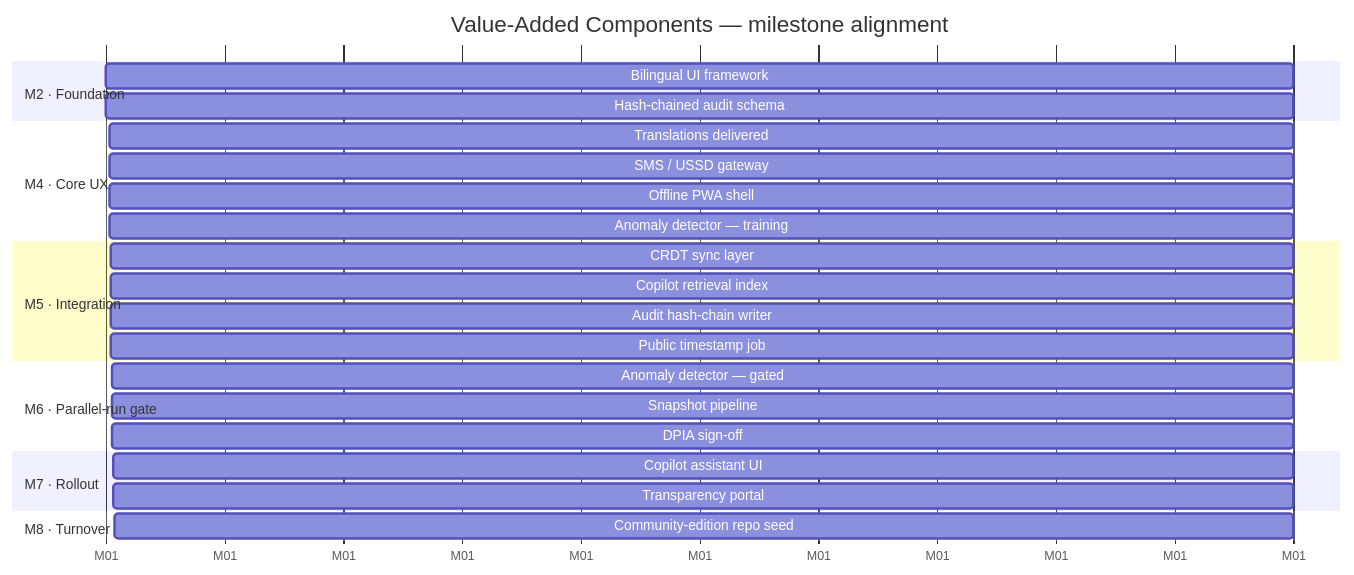
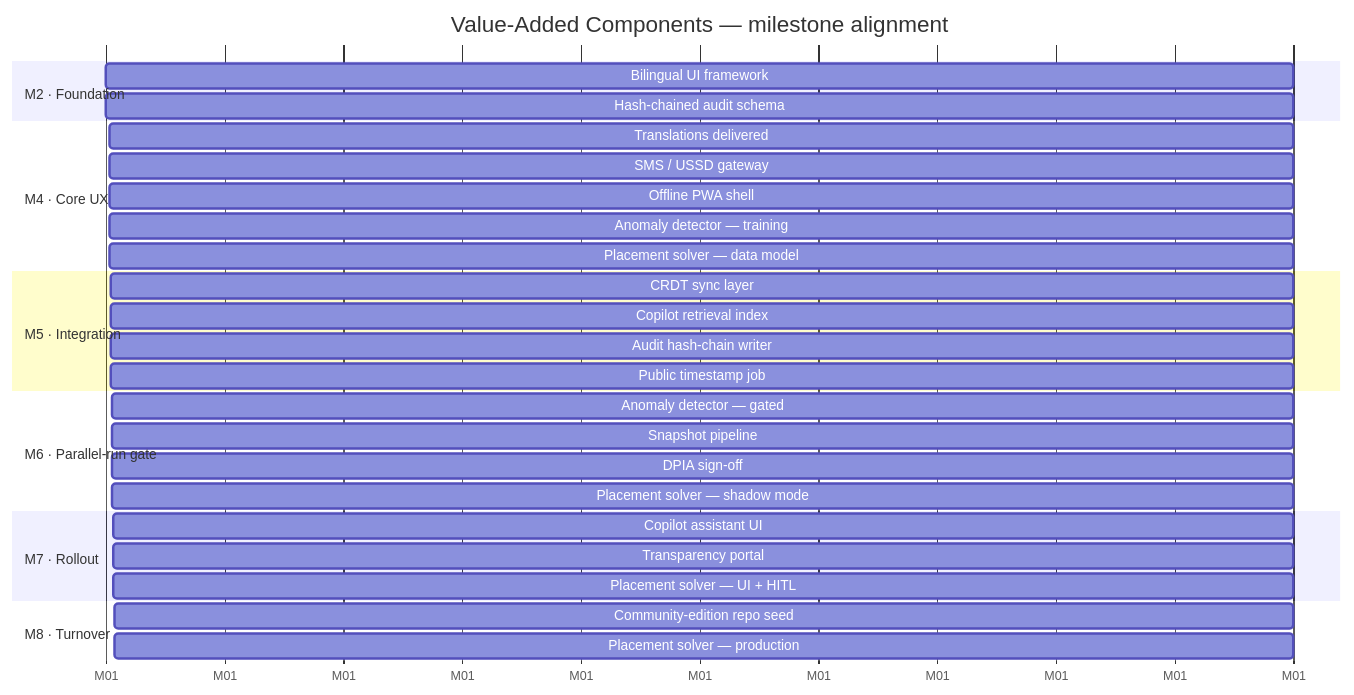
The diagram in deliverables/D_value_added.md (DennisPitallano/deped-hris-analysis), drawn with Mermaid before and after one commit. The commit also changed other lines of this file and 6 other files, not shown here.

````diff
--- a/deliverables/D_value_added.md
+++ b/deliverables/D_value_added.md
@@ -131,34 +152,38 @@
 ```mermaid
 gantt
     title Value-Added Components — milestone alignment
     dateFormat  X
     axisFormat  M%d
 
     section M2 · Foundation
     Bilingual UI framework          :m2a, 0, 1
     Hash-chained audit schema       :m2b, 0, 1
 
     section M4 · Core UX
     Translations delivered          :m4a, 3, 1
     SMS / USSD gateway              :m4b, 3, 1
     Offline PWA shell               :m4c, 3, 1
     Anomaly detector — training     :m4d, 3, 1
+    Placement solver — data model   :m4e, 3, 1
 
     section M5 · Integration
     CRDT sync layer                 :m5a, 4, 1
     Copilot retrieval index         :m5b, 4, 1
     Audit hash-chain writer         :m5c, 4, 1
     Public timestamp job            :m5d, 4, 1
 
     section M6 · Parallel-run gate
     Anomaly detector — gated        :m6, 5, 1
     Snapshot pipeline               :m6b, 5, 1
     DPIA sign-off                   :m6c, 5, 1
+    Placement solver — shadow mode  :m6d, 5, 1
 
     section M7 · Rollout
     Copilot assistant UI            :m7a, 6, 1
     Transparency portal             :m7b, 6, 1
+    Placement solver — UI + HITL    :m7c, 6, 1
 
     section M8 · Turnover
     Community-edition repo seed     :m8, 7, 1
+    Placement solver — production   :m8b, 7, 1
 ```
````
